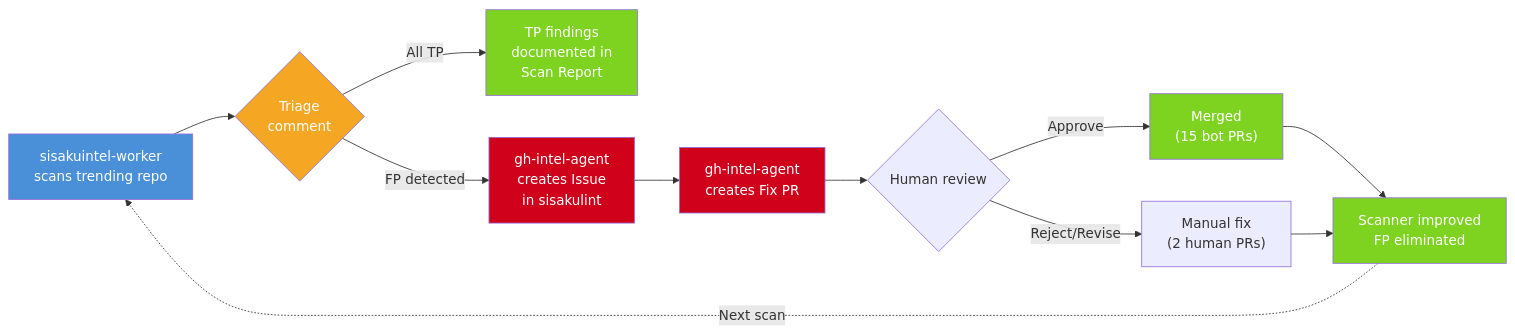
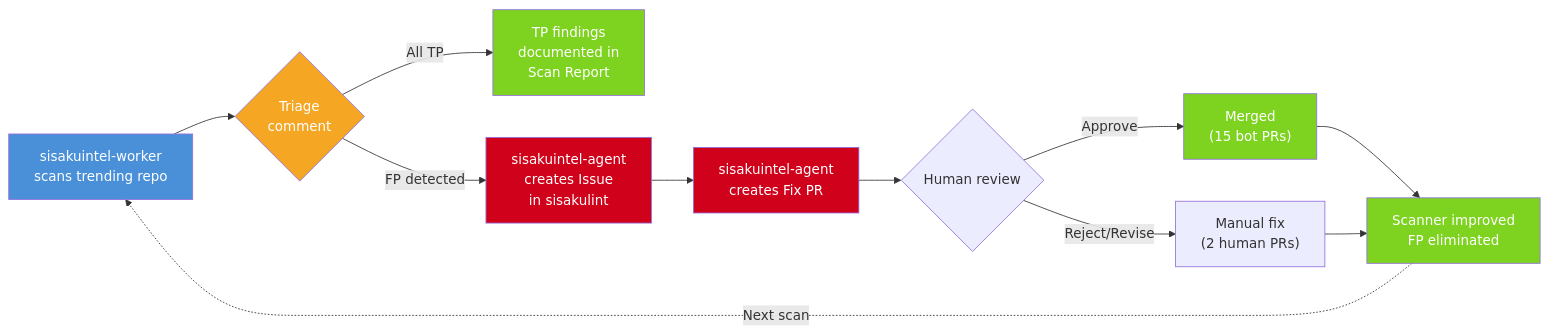
Before and after one commit to sisaku-security/lint: the fourth of 5 diagrams in content/docs/blog/triage-dataset.md, drawn with Mermaid. The commit also changed other lines of this file, not shown here.

Commit message:
docs: keep the agent name as sisakuintel-agent (#15)

```diff
--- a/content/docs/blog/triage-dataset.md
+++ b/content/docs/blog/triage-dataset.md
@@ -164,21 +164,21 @@
 {{< mermaid >}}
 flowchart LR
     A["sisakuintel-worker\nscans trending repo"] --> B{"Triage\ncomment"}
     B -->|All TP| C["TP findings\ndocumented in\nScan Report"]
-    B -->|FP detected| D["gh-intel-agent\ncreates Issue\nin sisakulint"]
-    D --> E["gh-intel-agent\ncreates Fix PR"]
+    B -->|FP detected| D["sisakuintel-agent\ncreates Issue\nin sisakulint"]
+    D --> E["sisakuintel-agent\ncreates Fix PR"]
     E --> F{"Human review"}
     F -->|Approve| G["Merged\n(15 bot PRs)"]
     F -->|Reject/Revise| H["Manual fix\n(2 human PRs)"]
     G --> I["Scanner improved\nFP eliminated"]
     H --> I
     I -.->|"Next scan"| A
 
     style A fill:#4a90d9,color:#fff
     style B fill:#f5a623,color:#fff
     style C fill:#7ed321,color:#fff
     style D fill:#d0021b,color:#fff
     style E fill:#d0021b,color:#fff
     style G fill:#7ed321,color:#fff
     style I fill:#7ed321,color:#fff
 {{< /mermaid >}}
```
